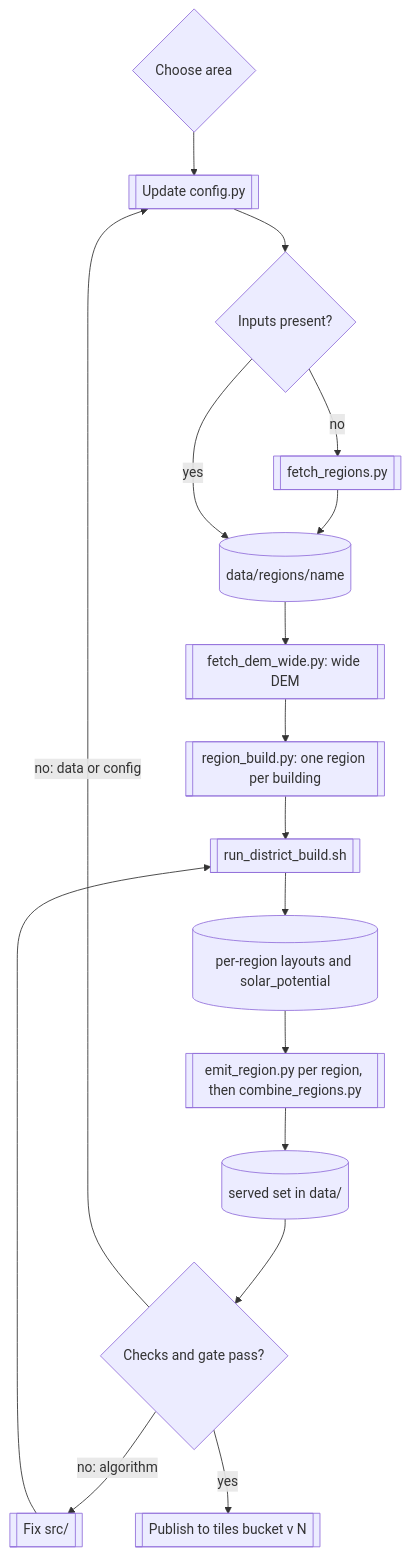
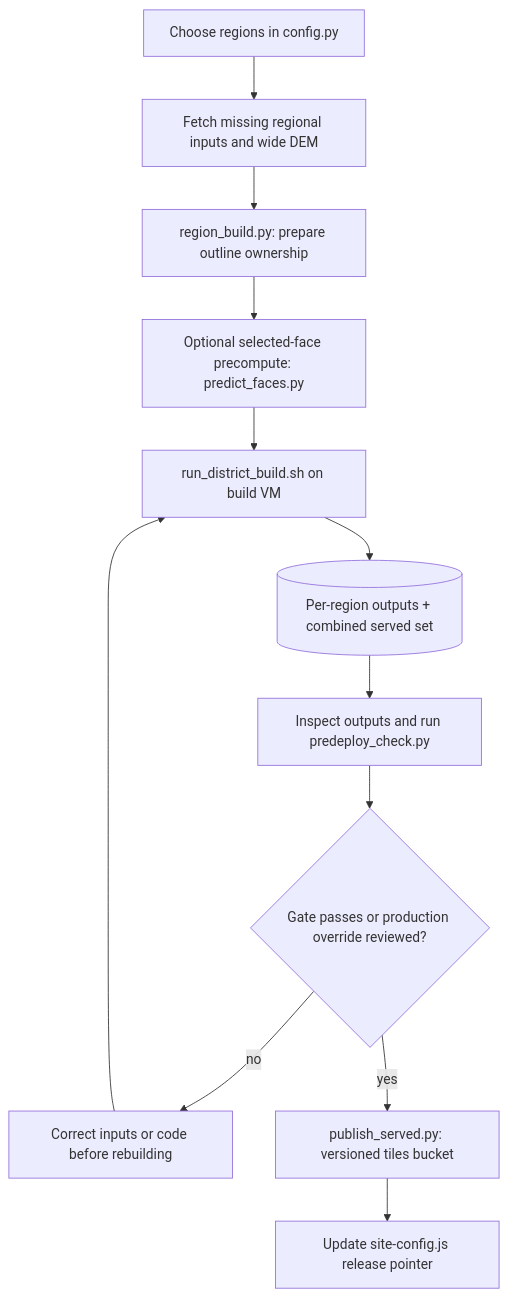
One commit to rewiring-nz/nz-solar-potential changed the diagram in docs/data-maintainers/dataset-operations.md. Above: the diagram before and after it, drawn with Mermaid. The commit also changed other lines of this file and 15 other files, not shown here.

Commit message:
Update architecture documentation and diagrams to help implementers

````diff
--- a/docs/data-maintainers/dataset-operations.md
+++ b/docs/data-maintainers/dataset-operations.md
@@ -12,19 +14,14 @@
 ```mermaid
 flowchart TB
-  A{Choose area} --> B[[Update config.py]]
-  B --> C{Inputs present?}
-  C -- no --> D[[fetch_regions.py]]
-  D --> E[(data/regions/name)]
-  C -- yes --> E
-  E --> F[[fetch_dem_wide.py: wide DEM]]
-  F --> H[[region_build.py: one region per building]]
-  H --> I[[run_district_build.sh]]
-  I --> J[(per-region layouts and solar_potential)]
-  J --> K[[emit_region.py per region, then combine_regions.py]]
-  K --> L[(served set in data/)]
-  L --> M{Checks and gate pass?}
-  M -- no: data or config --> B
-  M -- no: algorithm --> O[[Fix src/]]
-  O --> I
-  M -- yes --> P[[Publish to tiles bucket v N]]
+  Config["Choose regions in config.py"] --> Fetch["Fetch missing regional inputs and wide DEM"]
+  Fetch --> Ownership["region_build.py: prepare outline ownership"]
+  Ownership --> Predict["Optional selected-face precompute: predict_faces.py"]
+  Predict --> District["run_district_build.sh on build VM"]
+  District --> Served[("Per-region outputs + combined served set")]
+  Served --> Review["Inspect outputs and run predeploy_check.py"]
+  Review --> Gate{"Gate passes or production override reviewed?"}
+  Gate -->|no| Fix["Correct inputs or code before rebuilding"]
+  Fix --> District
+  Gate -->|yes| Publish["publish_served.py: versioned tiles bucket"]
+  Publish --> Switch["Update site-config.js release pointer"]
 ```
````
